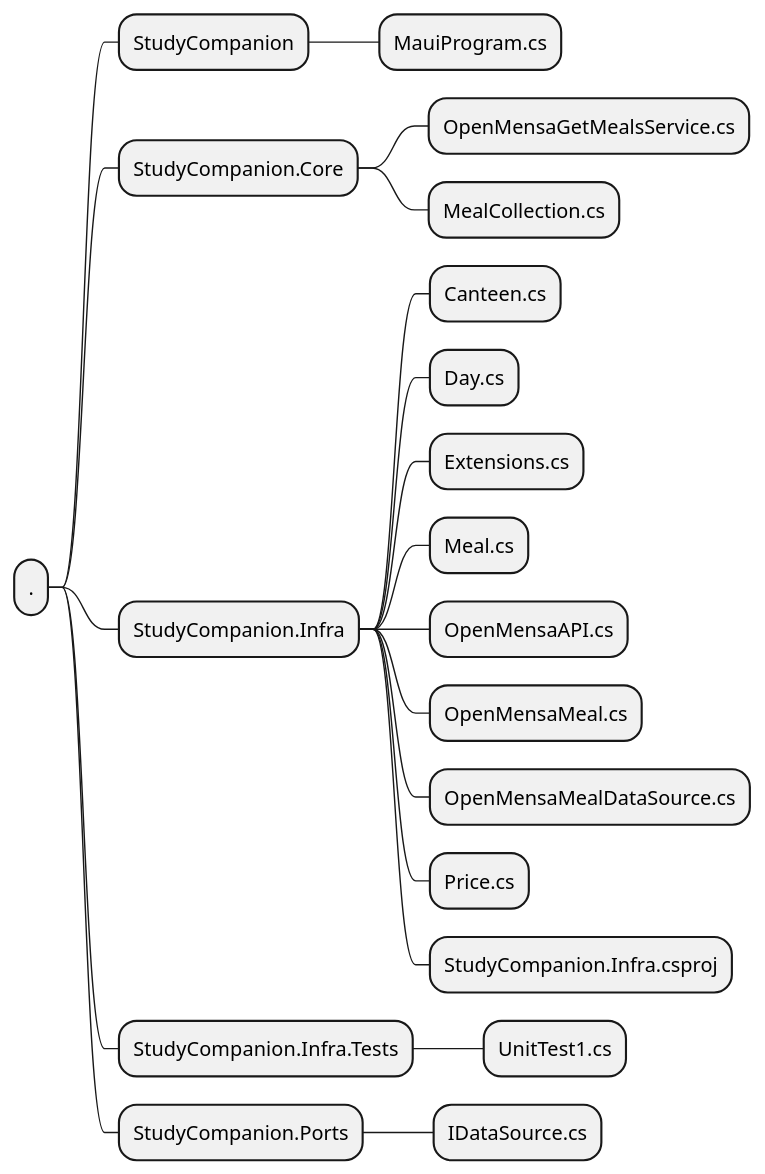
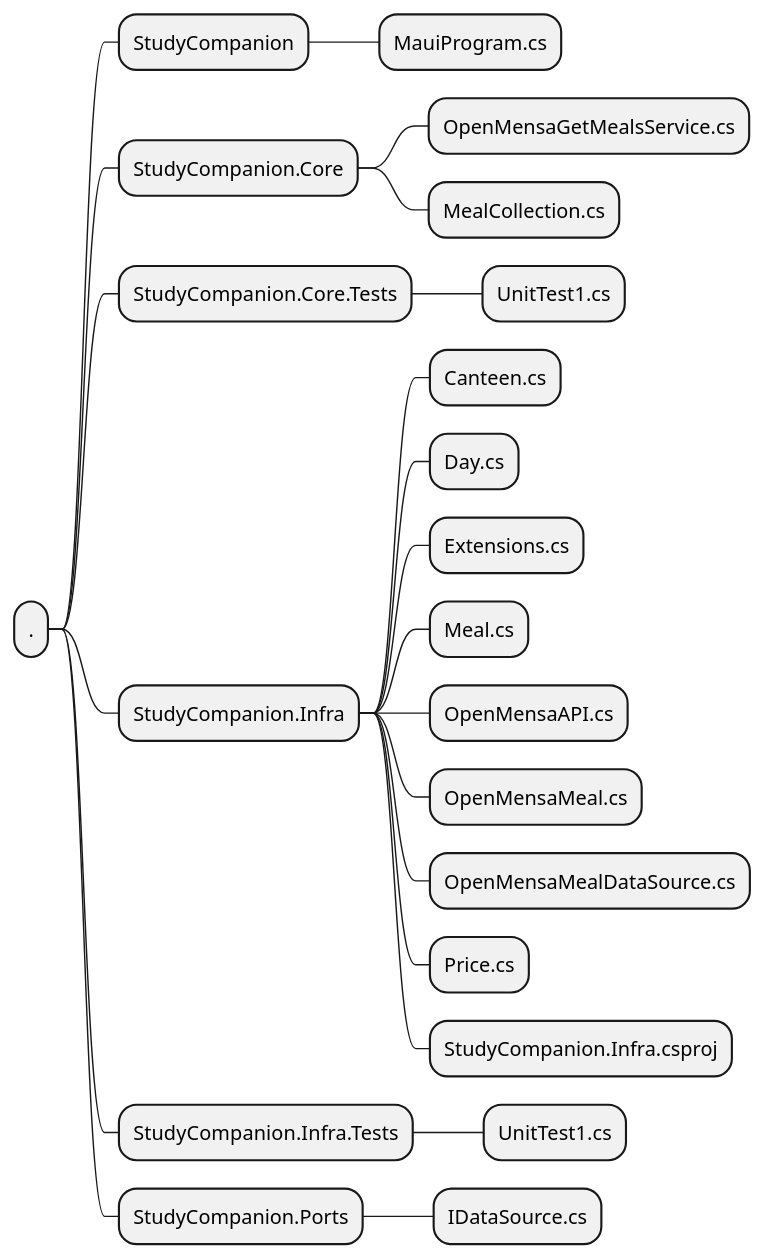
Before and after one commit to RobinNunkesser/plantuml: the diagram in treeinc4.pu, drawn with PlantUML. The commit also changed 4 other files, not shown here.

```diff
--- a/treeinc4.pu
+++ b/treeinc4.pu
@@ -2,109 +2,110 @@
 @startmindmap
 * .
 ** StudyCompanion
 ' *** App.xaml
 ' *** App.xaml.cs
 ' *** AppShell.xaml
 ' *** AppShell.xaml.cs
 ' *** StudyCompanion.csproj
 ' *** MainPage.xaml
 ' *** MainPage.xaml.cs
 *** MauiProgram.cs
 ' *** ServiceHelper.cs
 ' *** LocalizeExtension.cs
 ' *** Platforms
 ' **** Android
 ' **** MacCatalyst
 ' **** Tizen
 ' **** Windows
 ' **** iOS
 ' *** Properties
 '**** launchSettings.json
 '*** Common
 '**** SectionViewModel.cs
 ' *** Tabs
 ' ' **** Courses
 ' ' ***** CoursesPage.xaml
 ' ' ***** CoursesPage.xaml.cs
 ' **** Mensa
 ' ***** MealQuery.cs
 ' ***** MensaPage.xaml
 ' ***** MensaPage.xaml.cs
 ' ***** MensaViewModel.cs
 ' ***** PriceConverter.cs
 ' ' **** Profs
 ' ' ***** ProfsPage.xaml
 ' ' ***** ProfsPage.xaml.cs
 ' ' **** Quiz
 ' ' ***** QuizPage.xaml
 ' ' ***** QuizPage.xaml.cs
 ' ' ***** QuizStatisticsPage.xaml
 ' ' ***** QuizStatisticsPage.xaml.cs
 ' ' ***** QuizViewModel.cs
 ' **** Settings
 ' ' ***** AcknowledgementsPage.xaml
 ' ' ***** AcknowledgementsPage.xaml.cs
 ' ***** AdditivesPage.xaml
 ' ***** AdditivesPage.xaml.cs
 ' ***** AdditivesViewModel.cs
 ' ***** AllergensPage.xaml
 ' ***** AllergensPage.xaml.cs
 ' ***** AllergensViewModel.cs
 ' ***** Settings.cs
 ' ***** SettingsPage.xaml
 ' ***** SettingsPage.xaml.cs
 ' ***** SettingsViewModel.cs
 ' *** Resources
 ' ' **** AppIcon
 ' ' **** Fonts
 ' ' **** Images
 ' ' ***** courses.svg
 ' ' ***** mensa.svg
 ' ' ***** profs.svg
 ' ' ***** quiz.svg
 ' ' ***** settings.svg
 ' ' ***** statistics.svg
 ' ' **** Raw
 ' ' ***** acknowledgements.html
 ' ' **** Splash
 ' **** Strings
 ' ***** AppResources.resx
 ' ' ***** AppResources.Designer.cs
 ' ***** AppResources.de.resx
 ' **** Styles
 ' ** StudyCompanion.sln
 '** bin
 '** obj
 ** StudyCompanion.Core
 '** StudyCompanion.Core.Mock
 *** OpenMensaGetMealsService.cs
 *** MealCollection.cs
-' ** StudyCompanion.Core.Tests
+** StudyCompanion.Core.Tests
+*** UnitTest1.cs
 ** StudyCompanion.Infra
 *** Canteen.cs
 *** Day.cs
 *** Extensions.cs
 *** Meal.cs
 *** OpenMensaAPI.cs
 *** OpenMensaMeal.cs
 *** OpenMensaMealDataSource.cs
 *** Price.cs
 *** StudyCompanion.Infra.csproj
 '** StudyCompanion.Infra.Mock
 '*** MockMealDataSource.cs
 ** StudyCompanion.Infra.Tests
 *** UnitTest1.cs
 ** StudyCompanion.Ports
 ' *** Additives.cs
 ' *** Allergens.cs
 ' *** Category.cs
 *** IDataSource.cs
 ' *** IGetMealsService.cs
 ' *** IMeal.cs
 ' *** IMealCollection.cs
 ' *** IMealQuery.cs
 ' *** IPrice.cs
 ' *** IService.cs
 '*** IQuestion.cs
 '*** IYesNoQuestion.cs
 @endmindmap
```
